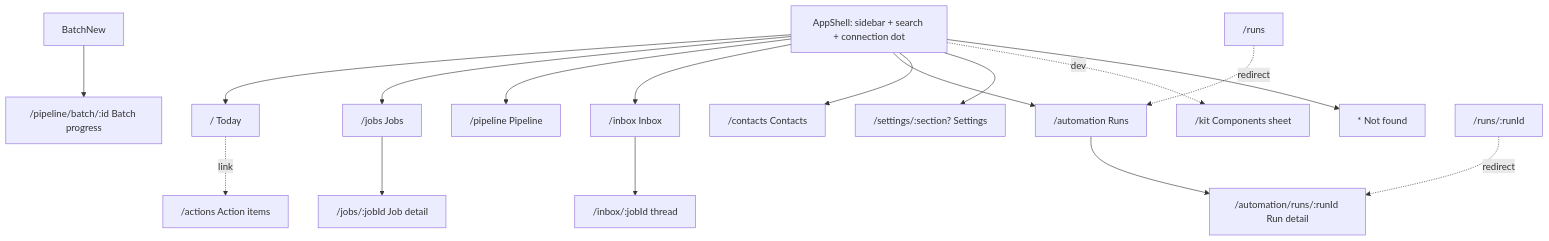
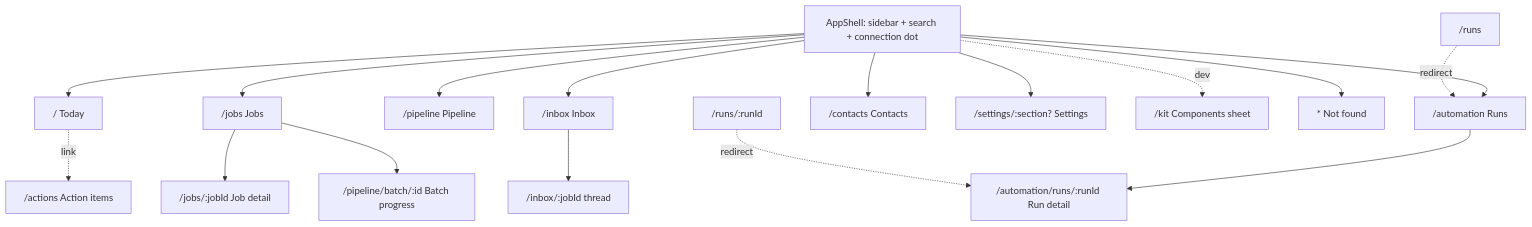
The diagram in docs/product/06_IA.md (m0hamedb3ngab5ia/career-os-template), drawn with Mermaid before and after one commit.

Commit message:
docs(ia): drop dangling BatchNew edge

````diff
--- a/docs/product/06_IA.md
+++ b/docs/product/06_IA.md
@@ -10,20 +10,20 @@
 ```mermaid
 graph TD
   Shell[AppShell: sidebar + search + connection dot]
   Shell --> Today["/ Today"]
   Shell --> Jobs["/jobs Jobs"]
   Jobs --> JobDetail["/jobs/:jobId Job detail"]
   Shell --> Pipeline["/pipeline Pipeline"]
-  BatchNew --> BatchRun["/pipeline/batch/:id Batch progress"]
+  Jobs --> BatchRun["/pipeline/batch/:id Batch progress"]
   Shell --> Inbox["/inbox Inbox"]
   Inbox --> InboxJob["/inbox/:jobId thread"]
   Shell --> Auto["/automation Runs"]
   Auto --> RunDetail["/automation/runs/:runId Run detail"]
   Shell --> Contacts["/contacts Contacts"]
   Shell --> Settings["/settings/:section? Settings"]
   Today -.link.-> Actions["/actions Action items"]
   Shell -.dev.-> Kit["/kit Components sheet"]
   Shell --> NF["* Not found"]
   Old1["/runs"] -.redirect.-> Auto
   Old2["/runs/:runId"] -.redirect.-> RunDetail
 ```
````
